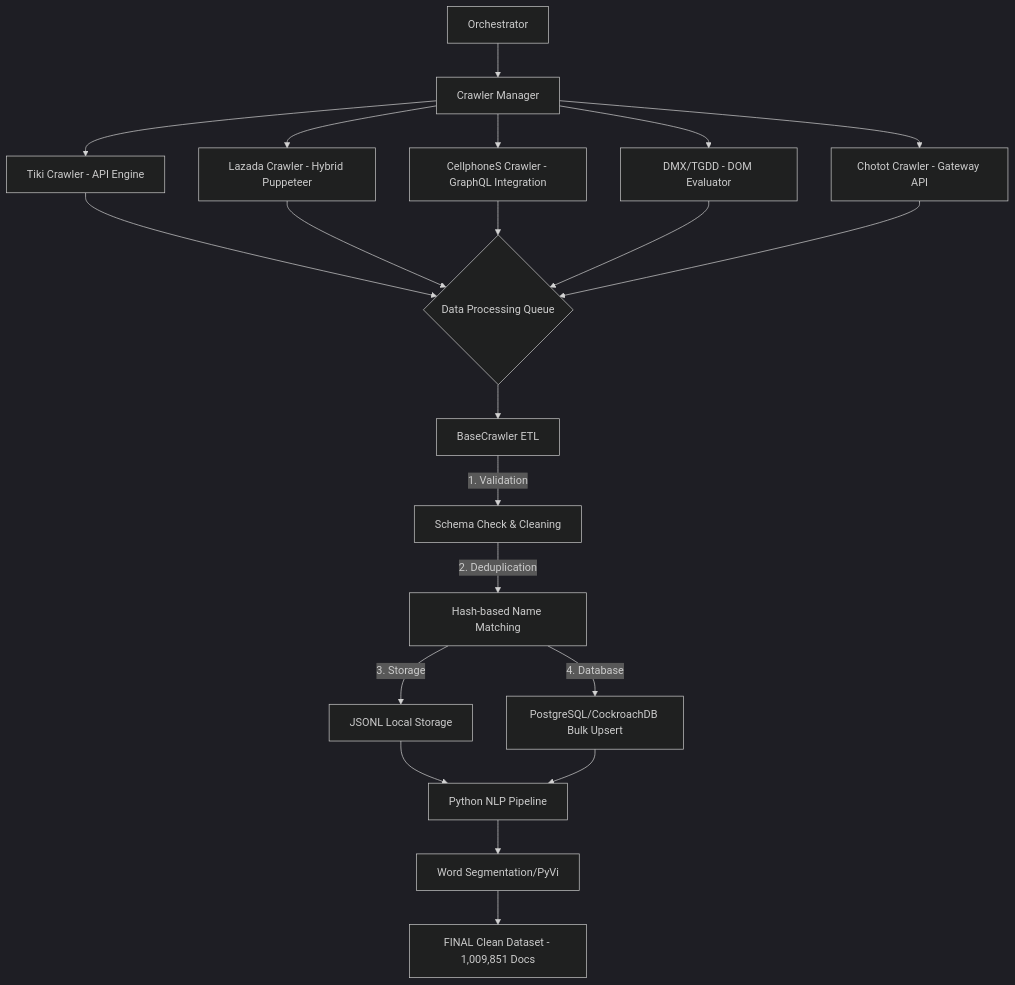
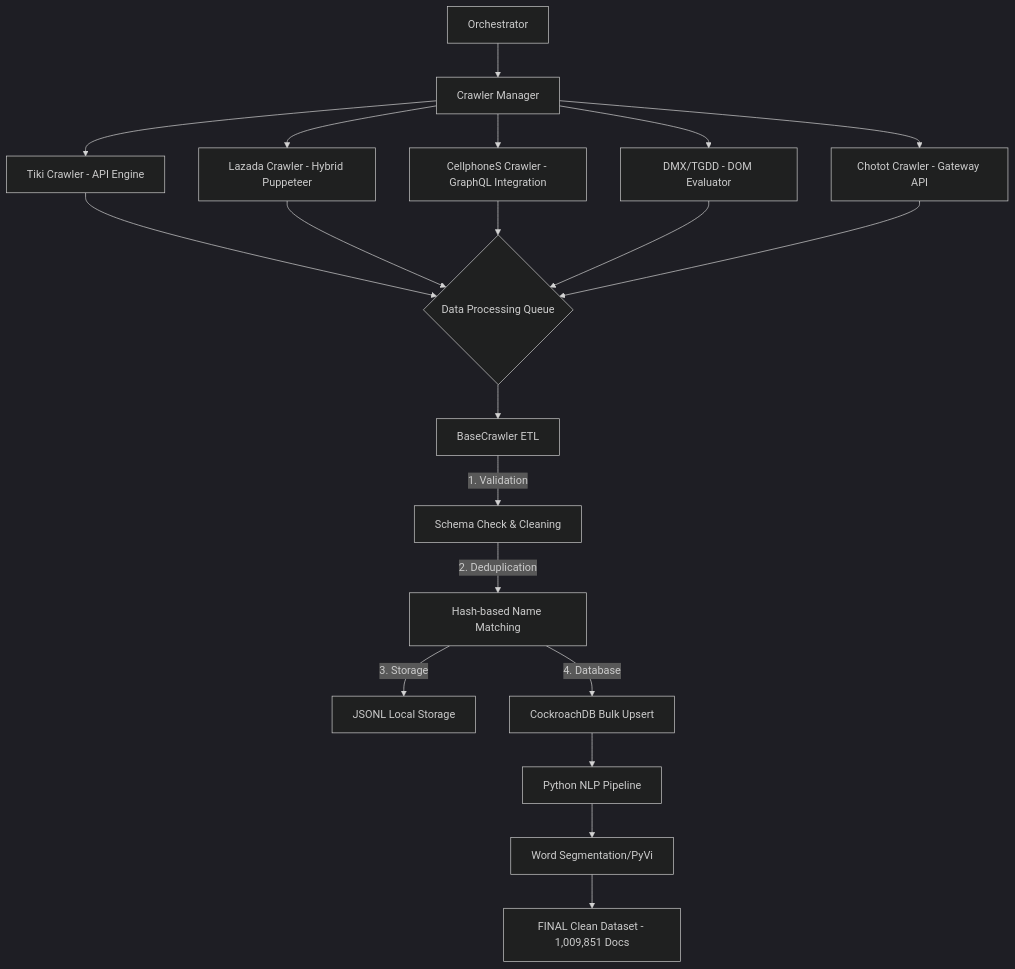
Before and after one commit to nhatlong28/SEG301: the diagram in reports/REPORT_MILESTONE_1.md, drawn with Mermaid (dark theme). The commit also changed other lines of this file, not shown here.

````diff
--- a/reports/REPORT_MILESTONE_1.md
+++ b/reports/REPORT_MILESTONE_1.md
@@ -22,21 +22,21 @@
 ```mermaid
 graph TD
     A[Orchestrator] --> B[Crawler Manager]
     B --> C1["Tiki Crawler - API Engine"]
     B --> C2["Lazada Crawler - Hybrid Puppeteer"]
     B --> C3["CellphoneS Crawler - GraphQL Integration"]
     B --> C4["DMX/TGDD - DOM Evaluator"]
     B --> C5["Chotot Crawler - Gateway API"]
     
     C1 & C2 & C3 & C4 & C5 --> D{Data Processing Queue}
     D --> E[BaseCrawler ETL]
     
     E -->|1. Validation| F[Schema Check & Cleaning]
     F -->|2. Deduplication| G[Hash-based Name Matching]
     G -->|3. Storage| H[JSONL Local Storage]
-    G -->|4. Database| I[PostgreSQL/CockroachDB Bulk Upsert]
+    G -->|4. Database| I[CockroachDB Bulk Upsert]
     
-    H & I --> J[Python NLP Pipeline]
+    I --> J[Python NLP Pipeline]
     J --> K["Word Segmentation/PyVi"]
     K --> L[FINAL Clean Dataset - 1,009,851 Docs]
 ```
````
